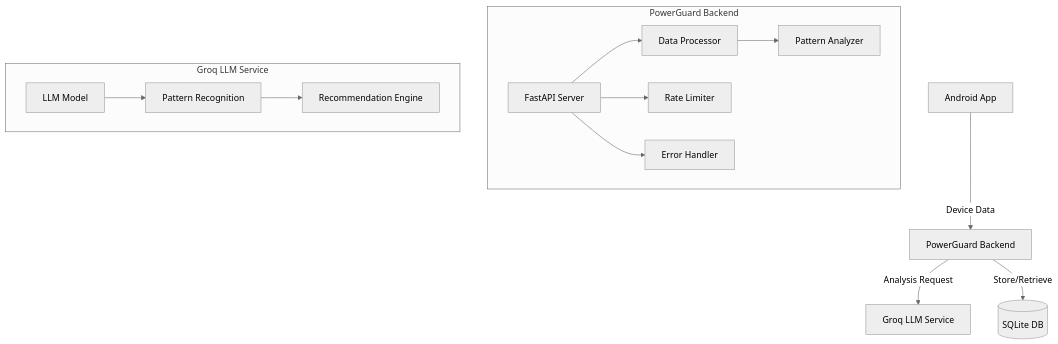
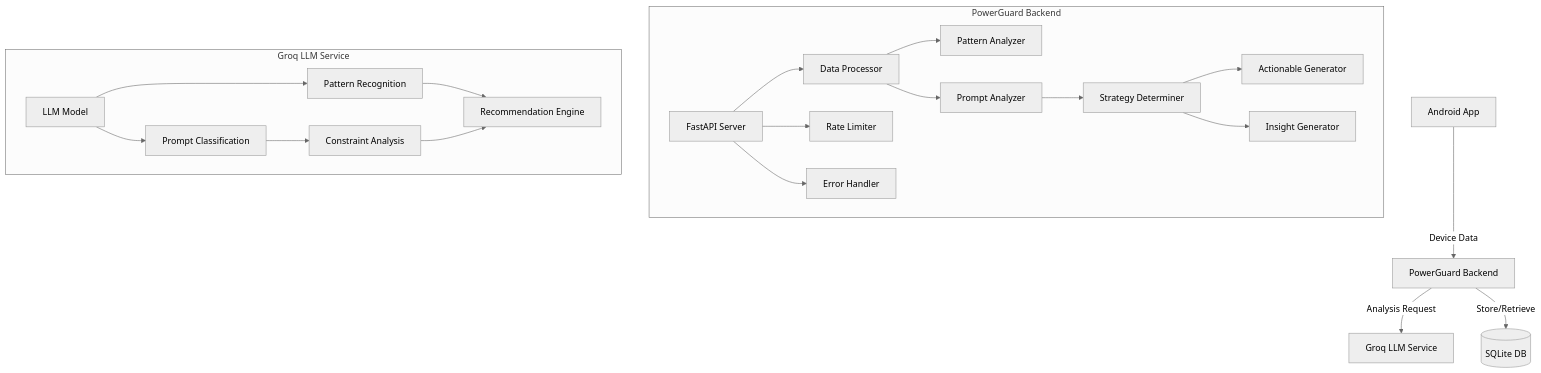
Before and after one commit to hiteshchopra11/PowerGuardBackend: the first of 8 diagrams in ARCHITECTURE.md, drawn with Mermaid (neutral theme). The commit also changed other lines of this file and 2 other files, not shown here.

First line of the commit message:
Enhance architecture and documentation for smart prompt analysis and optimization strategies

````diff
--- a/ARCHITECTURE.md
+++ b/ARCHITECTURE.md
@@ -7,26 +7,41 @@
 ```mermaid
 graph TD
     A[Android App] -->|Device Data| B[PowerGuard Backend]
     B -->|Analysis Request| C[Groq LLM Service]
     B -->|Store/Retrieve| D[(SQLite DB)]
     
     subgraph "PowerGuard Backend"
         B1[FastAPI Server]
         B2[Data Processor]
         B3[Pattern Analyzer]
         B4[Rate Limiter]
-        B5[Error Handler]
+        B5[Prompt Analyzer]
+        B6[Strategy Determiner]
+        B7[Actionable Generator]
+        B8[Insight Generator]
+        B9[Error Handler]
+        
         B1 --> B2
+        B1 --> B4
         B2 --> B3
-        B1 --> B4
-        B1 --> B5
+        B2 --> B5
+        B5 --> B6
+        B6 --> B7
+        B6 --> B8
+        B1 --> B9
     end
     
     subgraph "Groq LLM Service"
         C1[LLM Model]
         C2[Pattern Recognition]
         C3[Recommendation Engine]
+        C4[Constraint Analysis]
+        C5[Prompt Classification]
+        
         C1 --> C2
+        C1 --> C5
         C2 --> C3
+        C5 --> C4
+        C4 --> C3
     end
 ```
````
